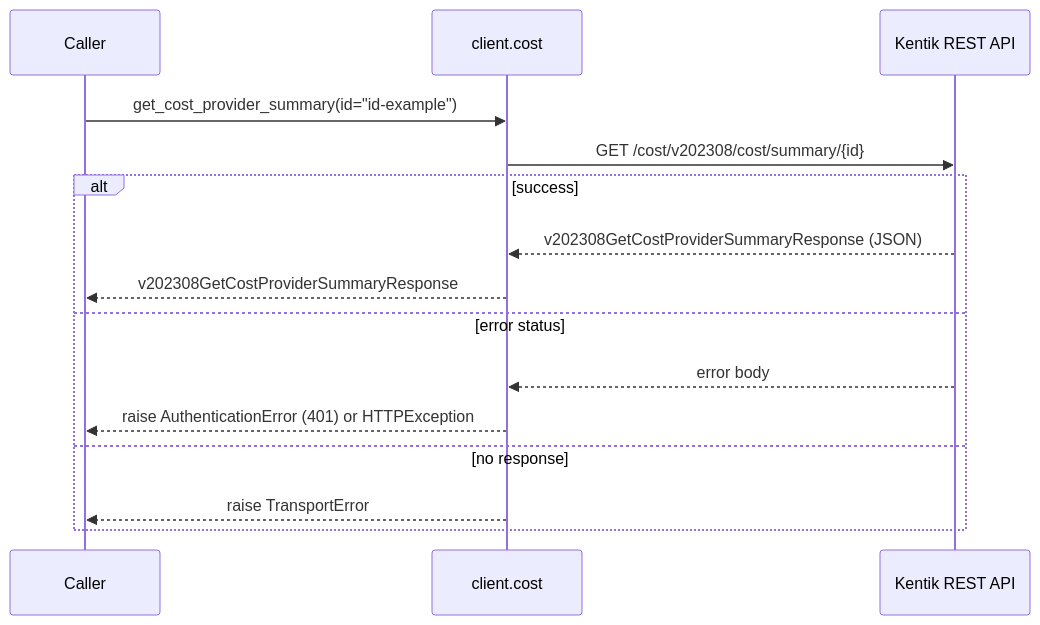
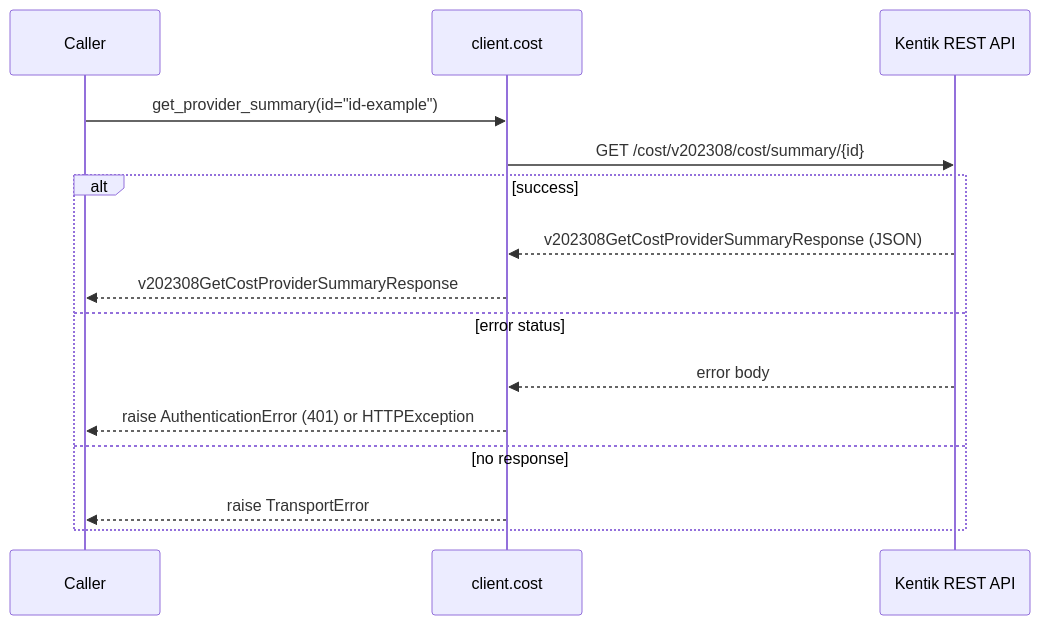
One commit to alexdearaujo/community_sdk_python changed the sixth of 8 diagrams in docs/sphinx/services/cost.md. Above: the diagram before and after it, drawn with Mermaid. The commit also changed other lines of this file and 28 other files, not shown here.

````diff
--- a/docs/sphinx/services/cost.md
+++ b/docs/sphinx/services/cost.md
@@ -180,18 +180,18 @@
 ```mermaid
 sequenceDiagram
     participant C as Caller
     participant W as client.cost
     participant API as Kentik REST API
 
-    C->>W: get_cost_provider_summary(id="id-example")
+    C->>W: get_provider_summary(id="id-example")
     W->>API: GET /cost/v202308/cost/summary/{id}
     alt success
         API-->>W: v202308GetCostProviderSummaryResponse (JSON)
         W-->>C: v202308GetCostProviderSummaryResponse
     else error status
         API-->>W: error body
         W-->>C: raise AuthenticationError (401) or HTTPException
     else no response
         W-->>C: raise TransportError
     end
 ```
````
